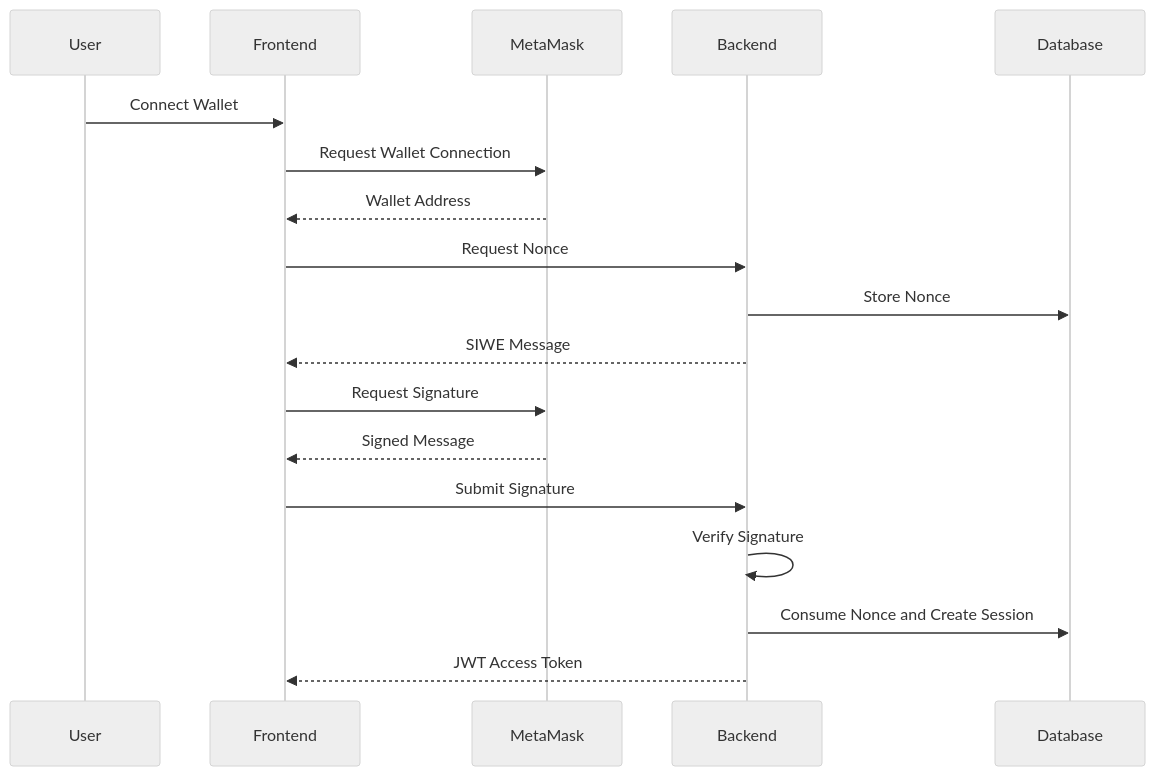
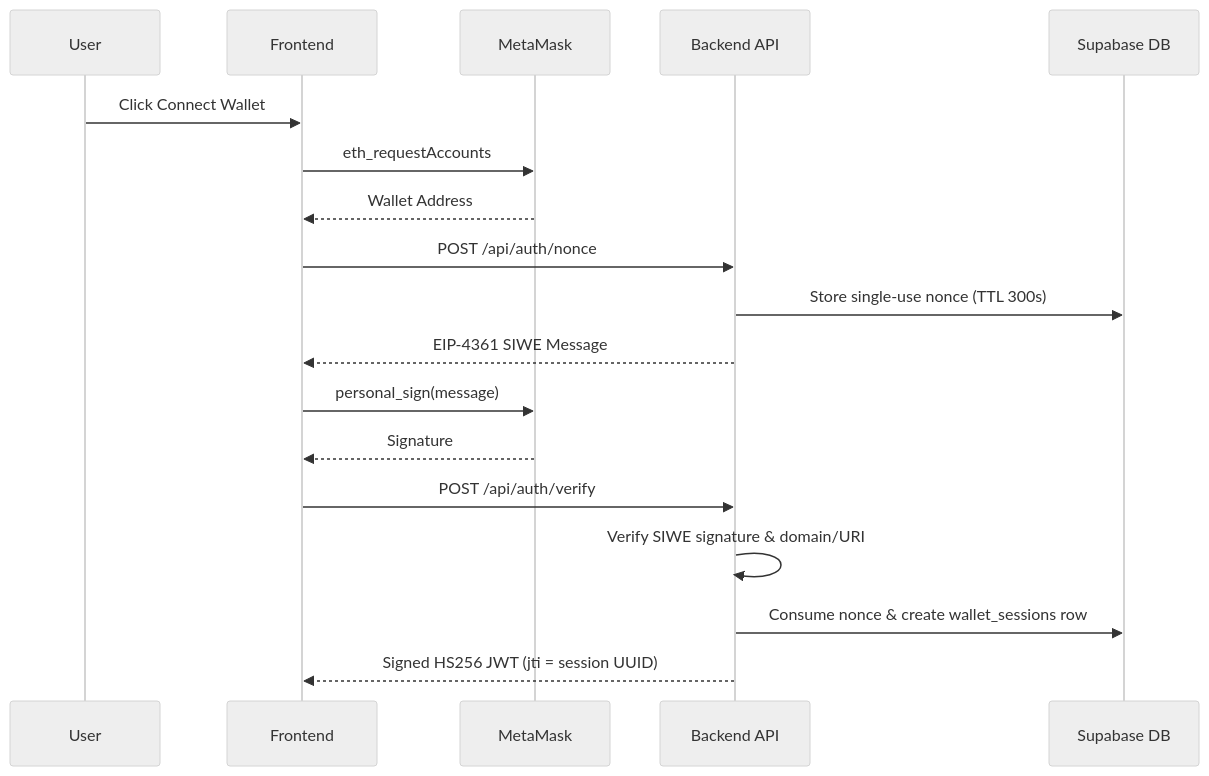
One commit to Sidhant322129/eth-wallet-dapp changed the second of 5 diagrams in README.md. Above: the diagram before and after it, drawn with Mermaid (neutral theme). The commit also changed other lines of this file, not shown here.

````diff
--- a/README.md
+++ b/README.md
@@ -102,21 +74,21 @@
 ```mermaid
 sequenceDiagram
     participant U as User
     participant F as Frontend
     participant M as MetaMask
-    participant B as Backend
-    participant D as Database
+    participant B as Backend API
+    participant D as Supabase DB
 
-    U->>F: Connect Wallet
-    F->>M: Request Wallet Connection
+    U->>F: Click Connect Wallet
+    F->>M: eth_requestAccounts
     M-->>F: Wallet Address
-    F->>B: Request Nonce
-    B->>D: Store Nonce
-    B-->>F: SIWE Message
-    F->>M: Request Signature
-    M-->>F: Signed Message
-    F->>B: Submit Signature
-    B->>B: Verify Signature
-    B->>D: Consume Nonce and Create Session
-    B-->>F: JWT Access Token
+    F->>B: POST /api/auth/nonce
+    B->>D: Store single-use nonce (TTL 300s)
+    B-->>F: EIP-4361 SIWE Message
+    F->>M: personal_sign(message)
+    M-->>F: Signature
+    F->>B: POST /api/auth/verify
+    B->>B: Verify SIWE signature & domain/URI
+    B->>D: Consume nonce & create wallet_sessions row
+    B-->>F: Signed HS256 JWT (jti = session UUID)
 ```
````
